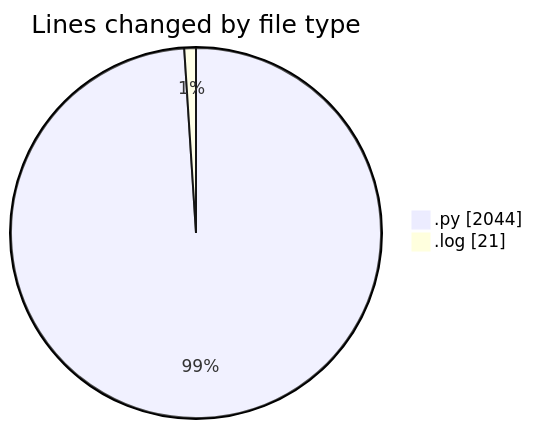
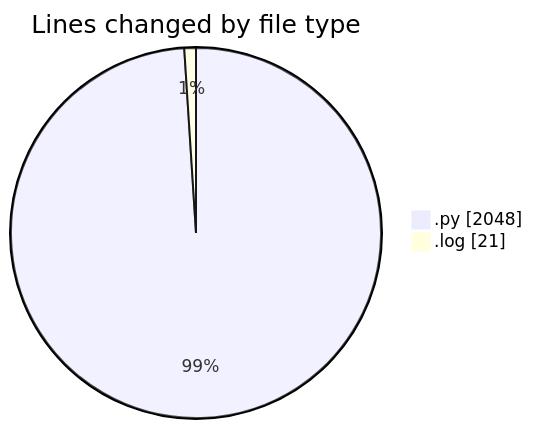
One commit to momahboobian/code-tracking changed the first of 2 diagrams in 2025-05-06/samplepdf/README.md. Above: the diagram before and after it, drawn with Mermaid. The commit also changed other lines of this file and 1 other file, not shown here.

````diff
--- a/2025-05-06/samplepdf/README.md
+++ b/2025-05-06/samplepdf/README.md
@@ -37,6 +37,6 @@
 ```mermaid
 pie showData
 title Lines changed by file type
-".py" : 2044
+".py" : 2048
 ".log" : 21
 ```
````
